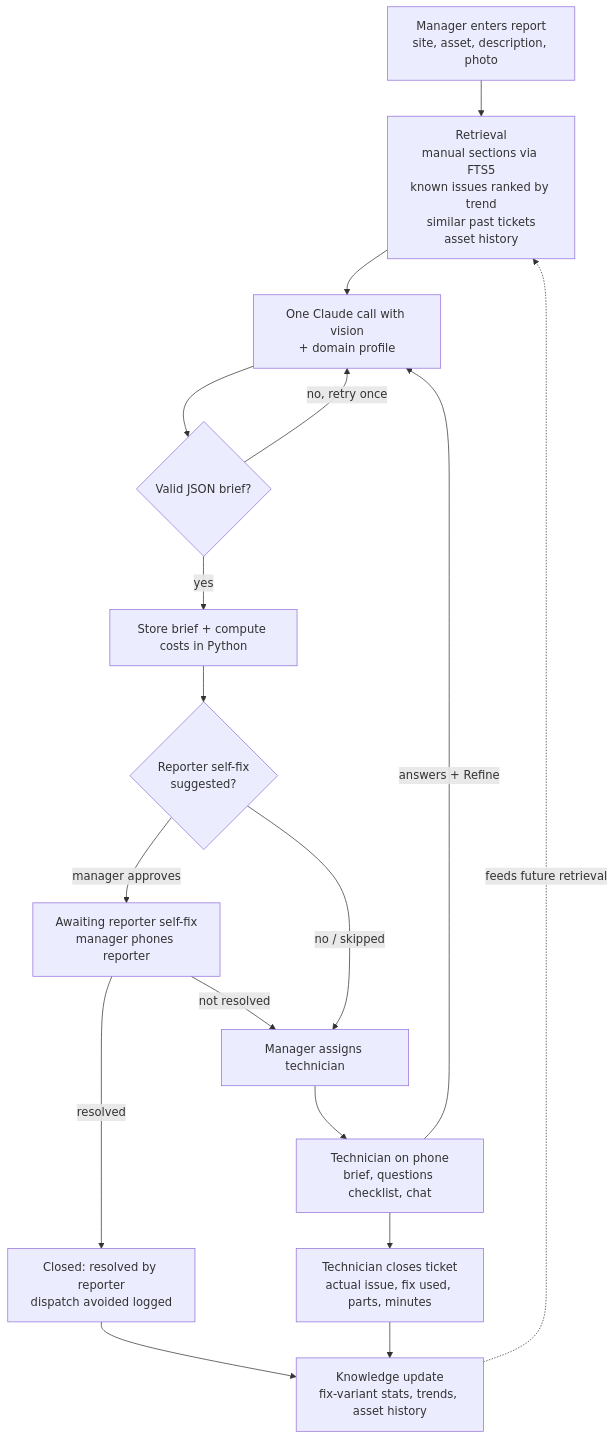
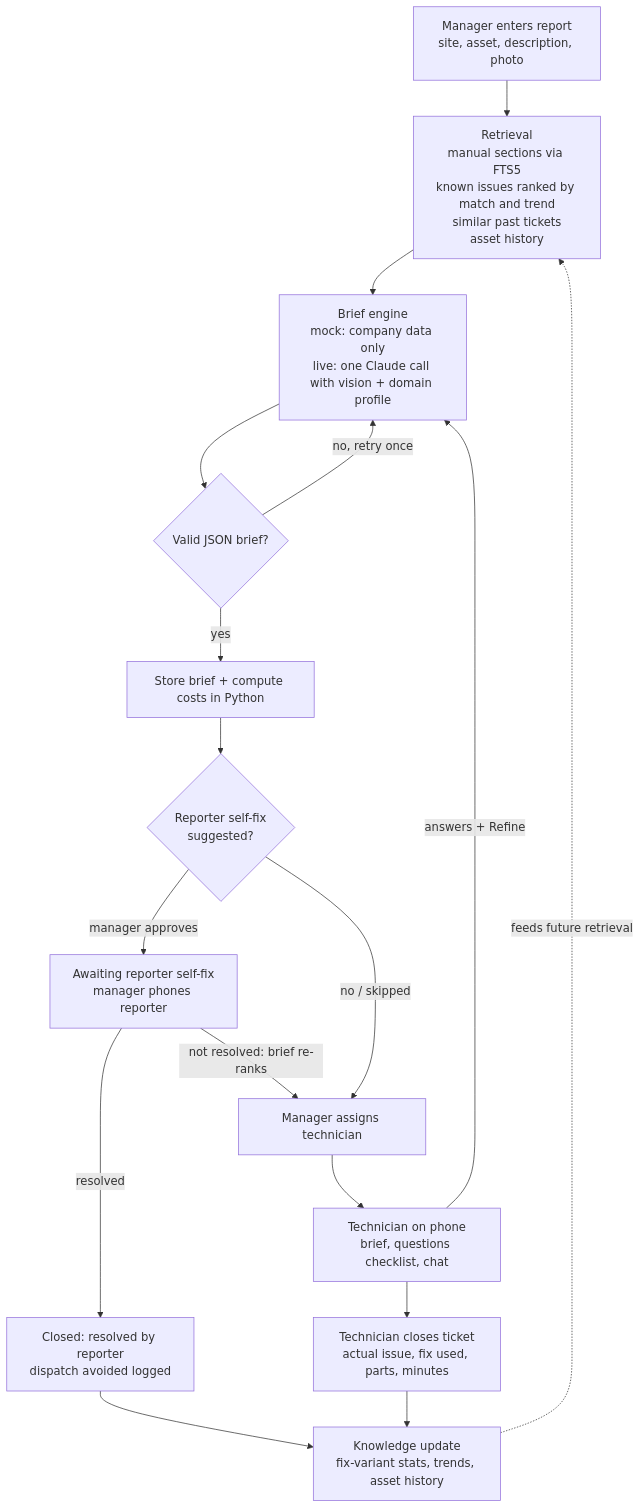
The diagram in docs/ARCHITECTURE.md (edwinglz/TechMind), drawn with Mermaid before and after one commit. The commit also changed other lines of this file and 6 other files, not shown here.

````diff
--- a/docs/ARCHITECTURE.md
+++ b/docs/ARCHITECTURE.md
@@ -48,19 +53,19 @@
 ```mermaid
 flowchart TD
-    A[Manager enters report<br/>site, asset, description, photo] --> B[Retrieval<br/>manual sections via FTS5<br/>known issues ranked by trend<br/>similar past tickets<br/>asset history]
-    B --> C[One Claude call with vision<br/>+ domain profile]
+    A[Manager enters report<br/>site, asset, description, photo] --> B[Retrieval<br/>manual sections via FTS5<br/>known issues ranked by match and trend<br/>similar past tickets<br/>asset history]
+    B --> C[Brief engine<br/>mock: company data only<br/>live: one Claude call with vision + domain profile]
     C --> D{Valid JSON brief?}
     D -- no, retry once --> C
     D -- yes --> E[Store brief + compute costs in Python]
     E --> F{Reporter self-fix<br/>suggested?}
     F -- manager approves --> G[Awaiting reporter self-fix<br/>manager phones reporter]
     G -- resolved --> H[Closed: resolved by reporter<br/>dispatch avoided logged]
-    G -- not resolved --> I
+    G -- not resolved: brief re-ranks --> I
     F -- no / skipped --> I[Manager assigns technician]
     I --> J[Technician on phone<br/>brief, questions checklist, chat]
     J -- answers + Refine --> C
     J --> K[Technician closes ticket<br/>actual issue, fix used, parts, minutes]
     H --> L[Knowledge update<br/>fix-variant stats, trends, asset history]
     K --> L
     L -.feeds future retrieval.-> B
 ```
````
